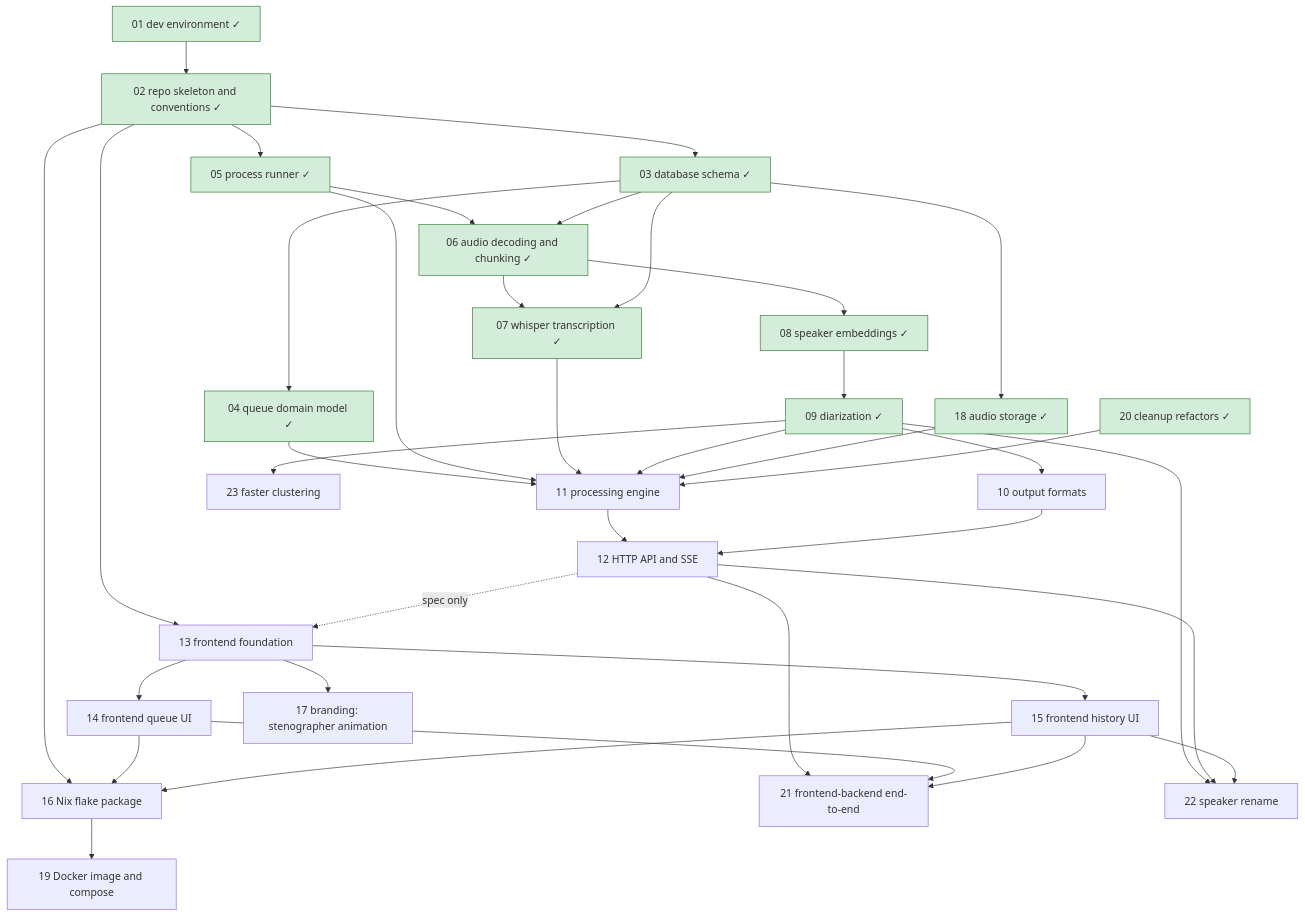
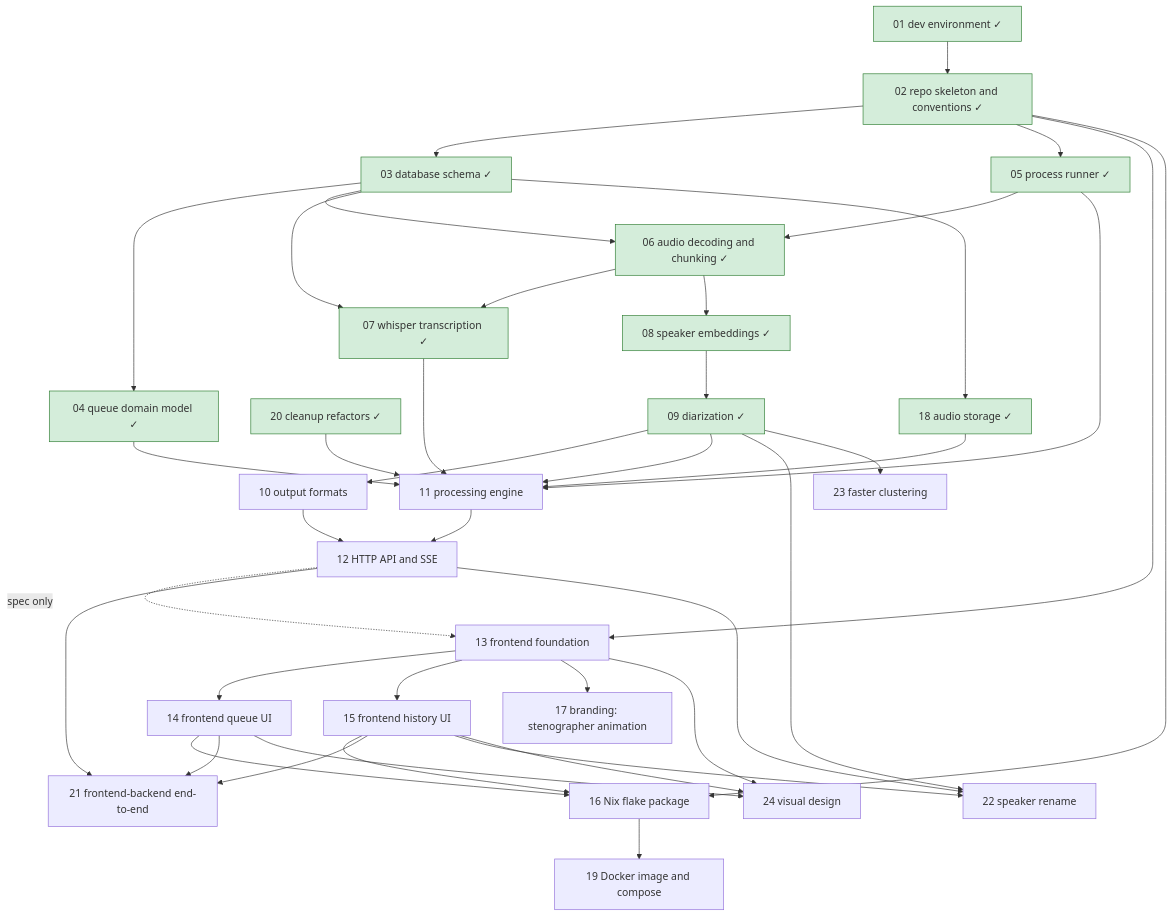
The diagram in roadmap/README.md (lulu-berlin/speech-to-text-app), drawn with Mermaid before and after one commit. The commit also changed other lines of this file and 1 other file, not shown here.

Commit message:
Add roadmap item 24 (visual design) as draft

````diff
--- a/roadmap/README.md
+++ b/roadmap/README.md
@@ -17,41 +17,44 @@
 ```mermaid
 graph TD
   01[01 dev environment ✓]:::done --> 02[02 repo skeleton and conventions ✓]:::done
   02 --> 03[03 database schema ✓]:::done
   03 --> 04[04 queue domain model ✓]:::done
   02 --> 05[05 process runner ✓]:::done
   05 --> 06[06 audio decoding and chunking ✓]:::done
   03 --> 06
   06 --> 07[07 whisper transcription ✓]:::done
   03 --> 07
   06 --> 08[08 speaker embeddings ✓]:::done
   08 --> 09[09 diarization ✓]:::done
   09 --> 10[10 output formats]
   04 --> 11[11 processing engine]
   05 --> 11
   07 --> 11
   09 --> 11
   03 --> 18[18 audio storage ✓]:::done
   18 --> 11
   20 --> 11
   11 --> 12[12 HTTP API and SSE]
   10 --> 12
   02 --> 13[13 frontend foundation]
   12 -. spec only .-> 13
   13 --> 14[14 frontend queue UI]
   13 --> 15[15 frontend history UI]
   02 --> 16[16 Nix flake package]
   14 --> 16
   15 --> 16
   13 --> 17[17 branding: stenographer animation]
   16 --> 19[19 Docker image and compose]
   20[20 cleanup refactors ✓]:::done
   12 --> 21[21 frontend-backend end-to-end]
   14 --> 21
   15 --> 21
   09 --> 22[22 speaker rename]
   12 --> 22
   15 --> 22
   09 --> 23[23 faster clustering]
+  13 --> 24[24 visual design]
+  14 --> 24
+  15 --> 24
   classDef done fill:#d4edda,stroke:#2e7d32
 ```
````
